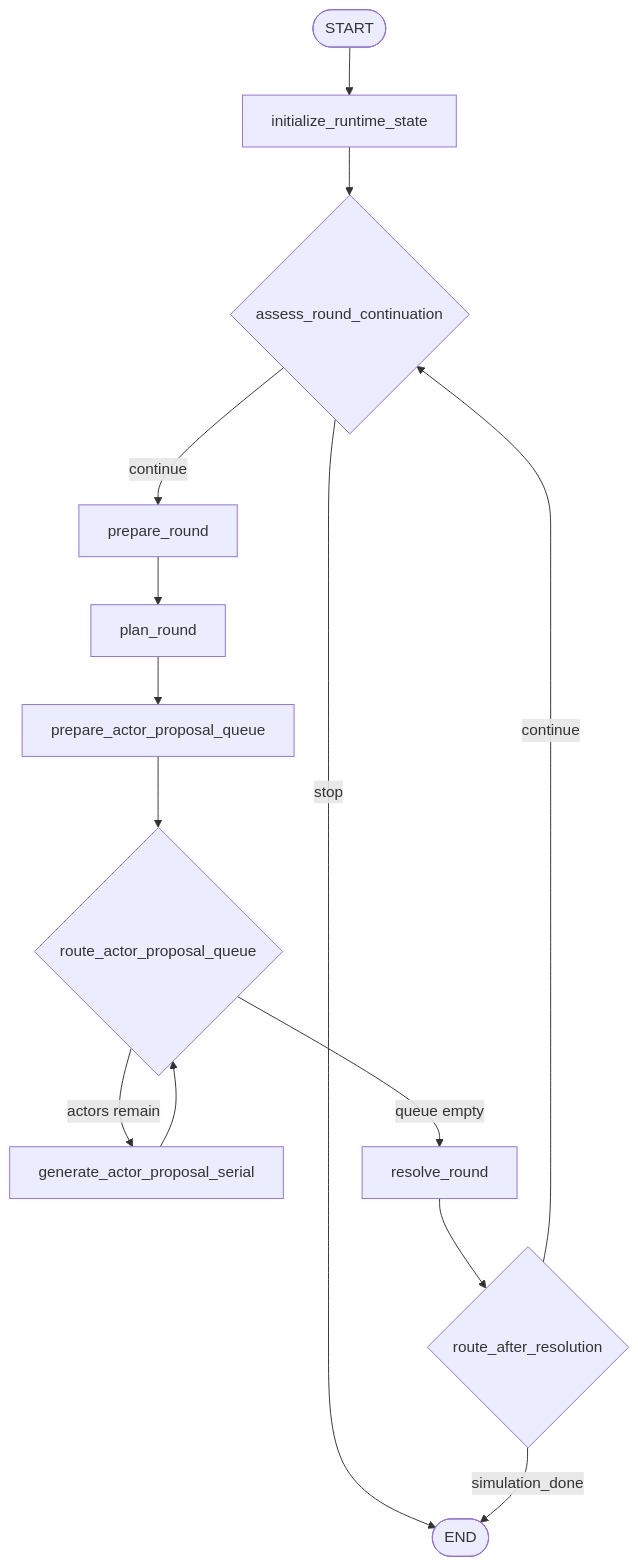
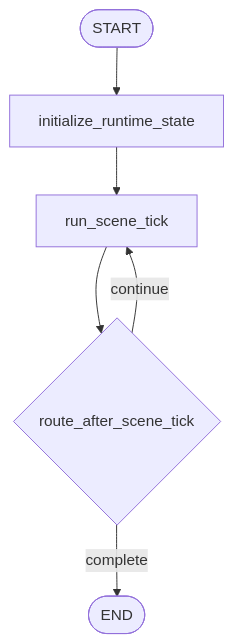
The diagram in docs/workflows/runtime.md (keonho-kim/simula), drawn with Mermaid before and after one commit. The commit also changed other lines of this file and 204 other files, not shown here.

````diff
--- a/docs/workflows/runtime.md
+++ b/docs/workflows/runtime.md
@@ -8,16 +9,8 @@
 ```mermaid
 flowchart TD
     Start([START]) --> Init["initialize_runtime_state"]
-    Init --> Continue{"assess_round_continuation"}
-    Continue -->|continue| Prepare["prepare_round"]
-    Continue -->|stop| End([END])
-    Prepare --> Plan["plan_round"]
-    Plan --> Queue["prepare_actor_proposal_queue"]
-    Queue --> ProposalRoute{"route_actor_proposal_queue"}
-    ProposalRoute -->|actors remain| Worker["generate_actor_proposal_serial"]
-    ProposalRoute -->|queue empty| Resolve["resolve_round"]
-    Worker --> ProposalRoute
-    Resolve --> ResolutionRoute{"route_after_resolution"}
-    ResolutionRoute -->|simulation_done| End
-    ResolutionRoute -->|continue| Continue
+    Init --> Tick["run_scene_tick"]
+    Tick --> Route{"route_after_scene_tick"}
+    Route -->|continue| Tick
+    Route -->|complete| End([END])
 ```
````
